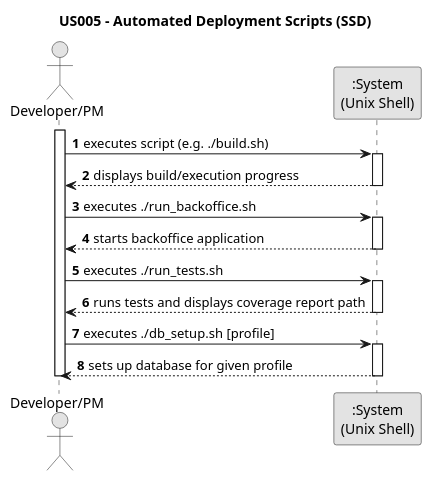
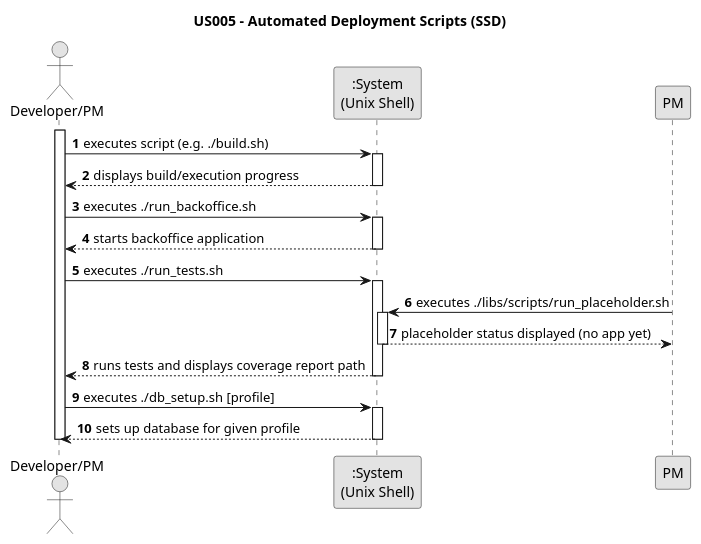
Before and after one commit to brunodspinto/aisafe: the diagram in docs/US005/01.requirements-engineering/puml/US005-SSD.puml, drawn with PlantUML. The commit also changed 7 other files, not shown here.

```diff
--- a/docs/US005/01.requirements-engineering/puml/US005-SSD.puml
+++ b/docs/US005/01.requirements-engineering/puml/US005-SSD.puml
@@ -1,41 +1,45 @@
 @startuml US005-SSD
 skinparam monochrome true
 skinparam packageStyle rectangle
 skinparam shadowing false
 
 title US005 - Automated Deployment Scripts (SSD)
 
 autonumber
 
 actor "Developer/PM" as Dev
 participant ":System\n(Unix Shell)" as Shell
 
 activate Dev
 
     Dev -> Shell : executes script (e.g. ./build.sh)
     activate Shell
 
         Shell --> Dev : displays build/execution progress
     deactivate Shell
 
     Dev -> Shell : executes ./run_backoffice.sh
     activate Shell
 
         Shell --> Dev : starts backoffice application
     deactivate Shell
 
     Dev -> Shell : executes ./run_tests.sh
     activate Shell
+PM -> Shell : executes ./libs/scripts/run_placeholder.sh
+activate Shell
+Shell --> PM : placeholder status displayed (no app yet)
+deactivate Shell
 
         Shell --> Dev : runs tests and displays coverage report path
     deactivate Shell
 
     Dev -> Shell : executes ./db_setup.sh [profile]
     activate Shell
 
         Shell --> Dev : sets up database for given profile
     deactivate Shell
 
 deactivate Dev
 
 @enduml
```
